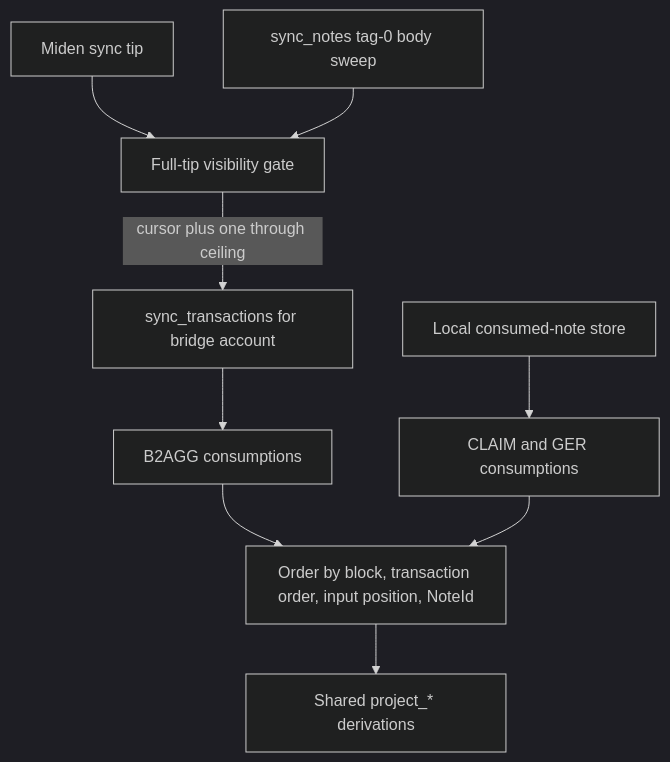
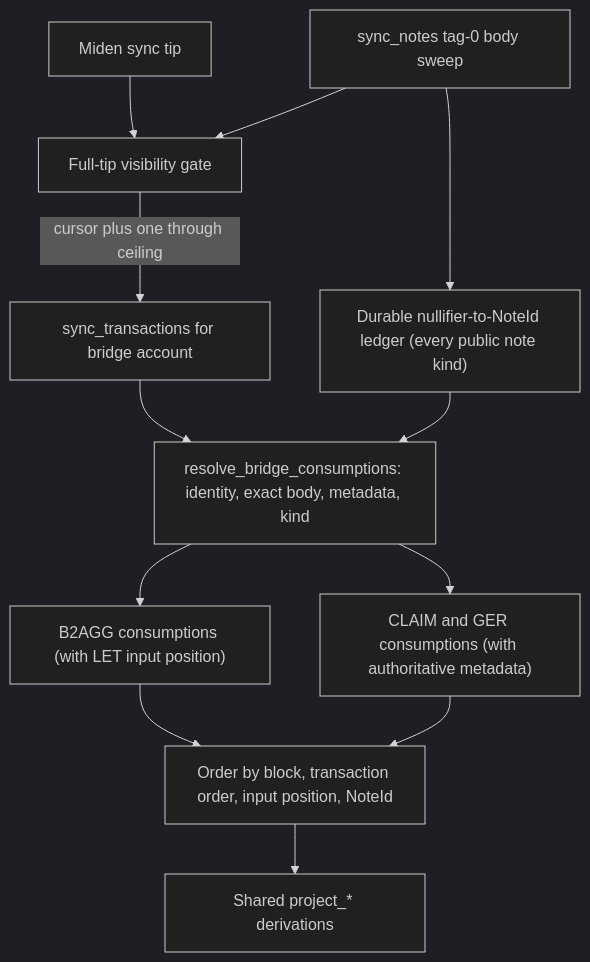
The diagram in docs/design/UNIFIED-PROJECTOR.md (gateway-fm/miden-agglayer), drawn with Mermaid (dark theme) before and after one commit. The commit also changed other lines of this file and 12 other files, not shown here.

````diff
--- a/docs/design/UNIFIED-PROJECTOR.md
+++ b/docs/design/UNIFIED-PROJECTOR.md
@@ -23,21 +30,25 @@
 ```mermaid
 flowchart TD
     TIP["Miden sync tip"]
     SWEEP["sync_notes tag-0 body sweep"]
     CEILING["Full-tip visibility gate"]
     TXS["sync_transactions for bridge account"]
-    LOCAL["Local consumed-note store"]
-    B2AGG["B2AGG consumptions"]
-    INTERNAL["CLAIM and GER consumptions"]
+    LEDGER["Durable nullifier-to-NoteId ledger (every public note kind)"]
+    RESOLVE["resolve_bridge_consumptions: identity, exact body, metadata, kind"]
+    B2AGG["B2AGG consumptions (with LET input position)"]
+    INTERNAL["CLAIM and GER consumptions (with authoritative metadata)"]
     ORDER["Order by block, transaction order, input position, NoteId"]
     EMIT["Shared project_* derivations"]
 
     TIP --> CEILING
     SWEEP --> CEILING
+    SWEEP --> LEDGER
     CEILING -->|"cursor plus one through ceiling"| TXS
-    TXS --> B2AGG
-    LOCAL --> INTERNAL
+    TXS --> RESOLVE
+    LEDGER --> RESOLVE
+    RESOLVE --> B2AGG
+    RESOLVE --> INTERNAL
     B2AGG --> ORDER
     INTERNAL --> ORDER
     ORDER --> EMIT
 ```
````
